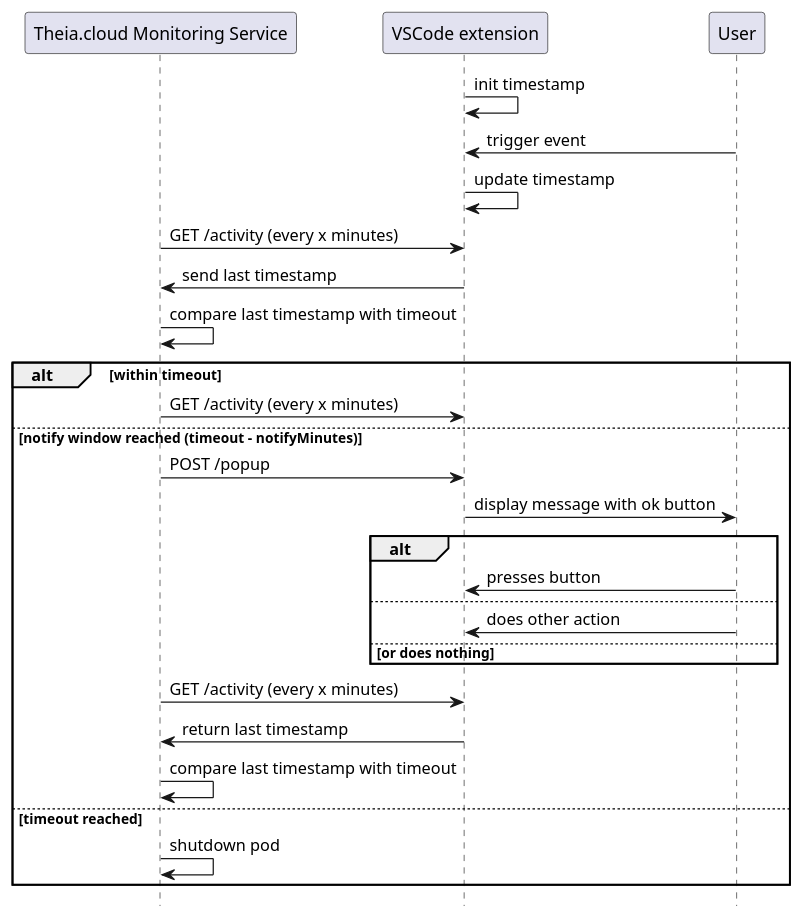
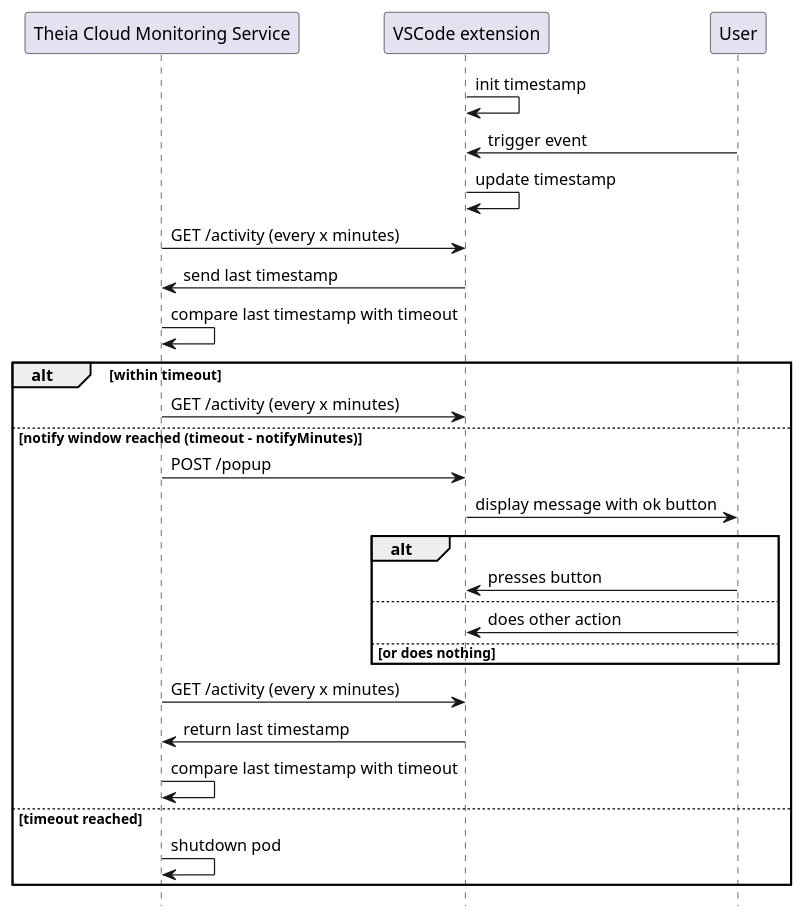
The diagram in node/monitor/docs/sequence-diagram.puml (eclipse-theia/theia-cloud), drawn with PlantUML before and after one commit. The commit also changed 15 other files, not shown here.

First line of the commit message:
Update Theia.Cloud to Theia Cloud

```diff
--- a/node/monitor/docs/sequence-diagram.puml
+++ b/node/monitor/docs/sequence-diagram.puml
@@ -1,45 +1,45 @@
 @startuml "sequence-diagram"
 
 hide footbox
 
-participant "Theia.cloud Monitoring Service" as mon
+participant "Theia Cloud Monitoring Service" as mon
 participant "VSCode extension" as vscode
 participant "User" as user
 
 vscode -> vscode: init timestamp
 user -> vscode: trigger event
 vscode -> vscode: update timestamp
 mon -> vscode: GET /activity (every x minutes)
 vscode -> mon: send last timestamp
 
 mon -> mon: compare last timestamp with timeout
 
 alt within timeout
 
 mon -> vscode: GET /activity (every x minutes)
 
 else notify window reached (timeout - notifyMinutes)
 
 
 mon -> vscode: POST /popup
 vscode -> user: display message with ok button
 alt
 user -> vscode: presses button
 else
 user -> vscode: does other action
 else or does nothing
 end
 
 
 mon -> vscode: GET /activity (every x minutes)
 
 vscode -> mon: return last timestamp
 mon -> mon: compare last timestamp with timeout
 
 else timeout reached
 
 mon -> mon: shutdown pod
 
 end
 
 @enduml
```
